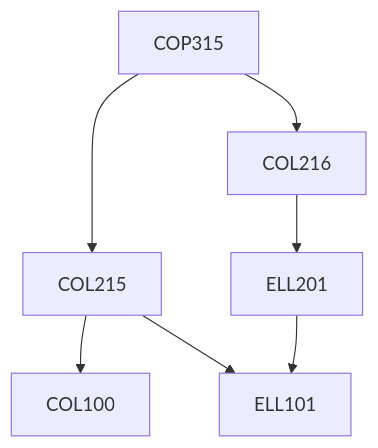
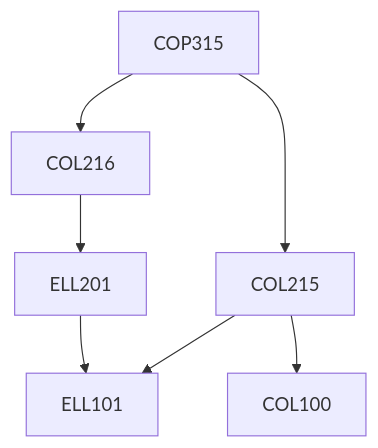
One commit to KeshavBansal0122/CoS_Website changed the diagram in content/Computer Science and Engineering/COP315.md. Above: the diagram before and after it, drawn with Mermaid. The commit also changed other lines of this file and 2662 other files, not shown here.

````diff
--- a/content/Computer Science and Engineering/COP315.md
+++ b/content/Computer Science and Engineering/COP315.md
@@ -15,13 +15,13 @@
 ```mermaid
 flowchart TD
 COP315-1352[COP315]
+COL215-1352 --> ELL101-1352[ELL101]
+COP315-1352 --> COL216-1352[COL216]
+ELL201-1352 --> ELL101-1352[ELL101]
 COP315-1352 --> COL215-1352[COL215]
-ELL201-1352 --> ELL101-1352[ELL101]
+COL215-1352 --> COL100-1352[COL100]
 COL216-1352 --> ELL201-1352[ELL201]
-COL215-1352 --> COL100-1352[COL100]
-COP315-1352 --> COL216-1352[COL216]
-COL215-1352 --> ELL101-1352[ELL101]
 
 classDef empty height:17px, fill:transparent, stroke:transparent;
 classDef trueEmpty height:0px, width:0px;
 ```
````
